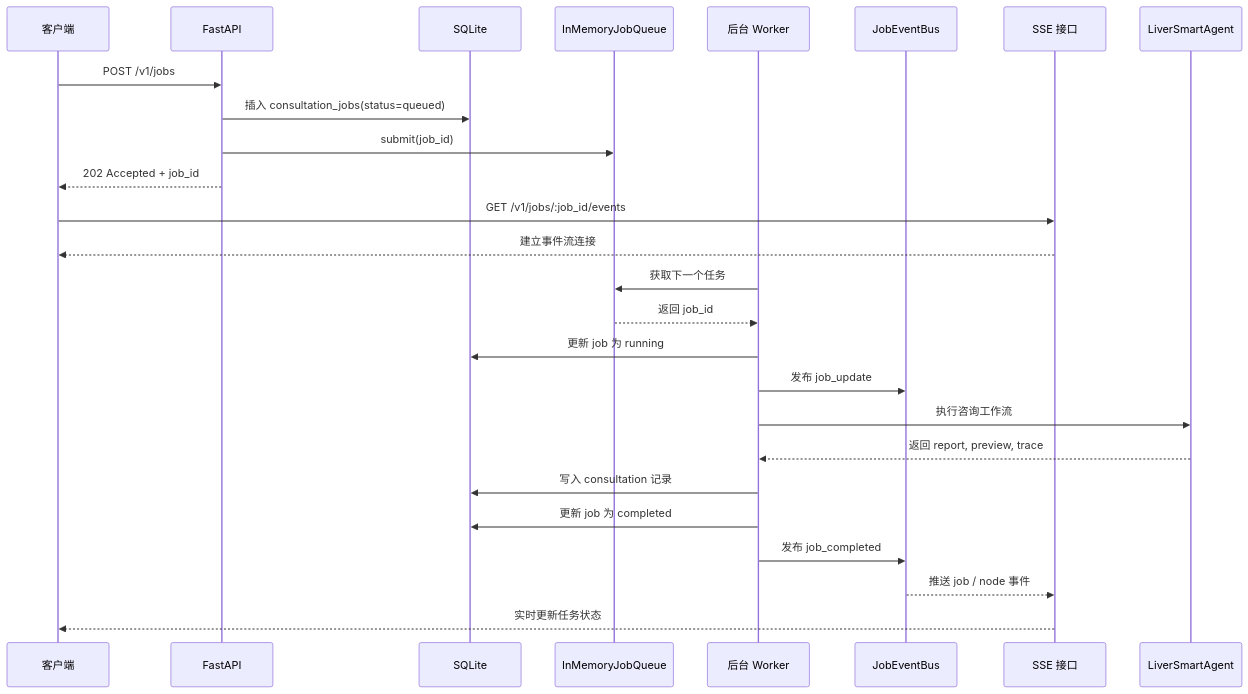
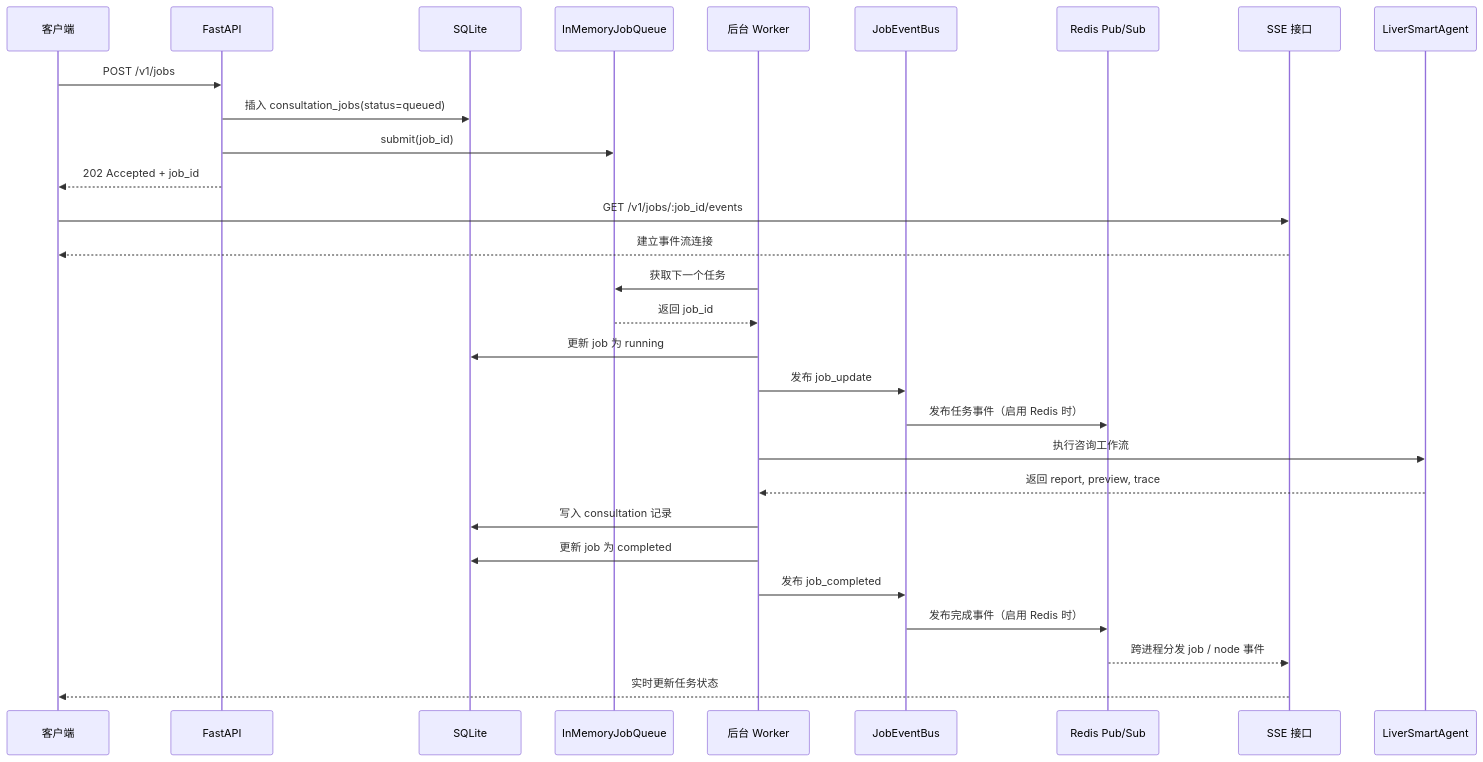
One commit to jiliguluhua/liver_rag changed the fourth of 8 diagrams in docs/backend_architecture.md. Above: the diagram before and after it, drawn with Mermaid. The commit also changed other lines of this file, not shown here.

````diff
--- a/docs/backend_architecture.md
+++ b/docs/backend_architecture.md
@@ -79,31 +79,34 @@
 ```mermaid
 sequenceDiagram
     participant Client as 客户端
     participant API as FastAPI
     participant DB as SQLite
     participant Queue as InMemoryJobQueue
     participant Worker as 后台 Worker
     participant Bus as JobEventBus
+    participant Redis as Redis Pub/Sub
     participant SSE as SSE 接口
     participant Agent as LiverSmartAgent
 
     Client->>API: POST /v1/jobs
     API->>DB: 插入 consultation_jobs(status=queued)
     API->>Queue: submit(job_id)
     API-->>Client: 202 Accepted + job_id
 
     Client->>SSE: GET /v1/jobs/:job_id/events
     SSE-->>Client: 建立事件流连接
 
     Worker->>Queue: 获取下一个任务
     Queue-->>Worker: 返回 job_id
     Worker->>DB: 更新 job 为 running
     Worker->>Bus: 发布 job_update
+    Bus->>Redis: 发布任务事件（启用 Redis 时）
     Worker->>Agent: 执行咨询工作流
     Agent-->>Worker: 返回 report, preview, trace
     Worker->>DB: 写入 consultation 记录
     Worker->>DB: 更新 job 为 completed
     Worker->>Bus: 发布 job_completed
-    Bus-->>SSE: 推送 job / node 事件
+    Bus->>Redis: 发布完成事件（启用 Redis 时）
+    Redis-->>SSE: 跨进程分发 job / node 事件
     SSE-->>Client: 实时更新任务状态
 ```
````
